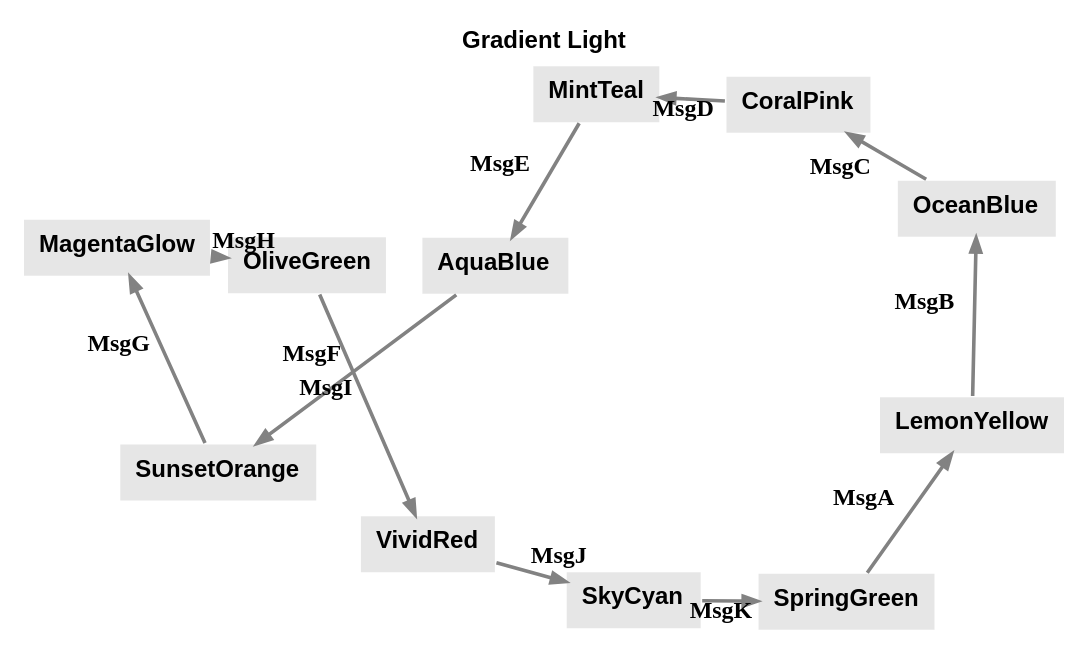
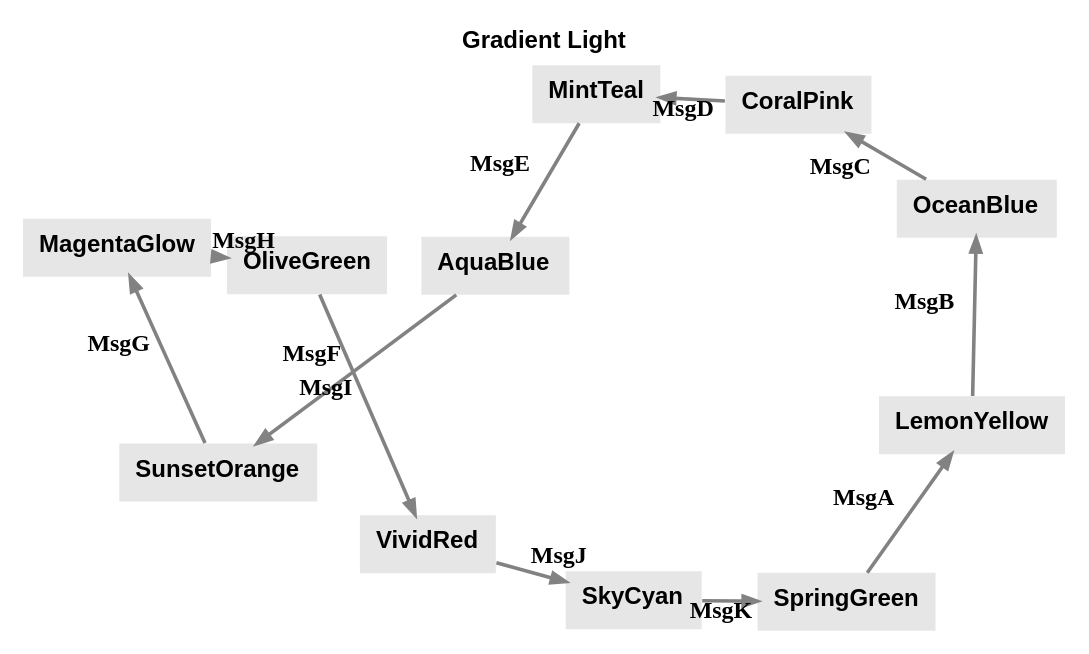
Before and after one commit to m-bock/purescript-transit: the diagram in renders/themes/gradient-light.dot, drawn with Graphviz. The commit also changed 33 other files, not shown here.

Commit message:
Update Graphviz rendering

```diff
--- a/renders/themes/gradient-light.dot
+++ b/renders/themes/gradient-light.dot
@@ -1,27 +1,27 @@
 digraph 
 {
 rankdir = "TD";fontname = "Arial";labelloc = "t";fontsize = 12.0;bgcolor = "#ffffff";color = "#000000";fontcolor = "#000000";label = <<b>Gradient Light</b>>
 graph [layout=sfdp;overlap=false, K=2.5, repulsiveforce=4, splines=true];
-SpringGreen [shape = "box", label = <<b>SpringGreen</b>>, fontsize = 12.0, style = "filled", fillcolor = "#e6e6e6", fontcolor = "#000000", color = "#ffffff", fontname = "Arial", labelloc = "c", penwidth = 1.0, height = 0.4]
+SpringGreen [shape = "box", label = <<b>SpringGreen</b>>, fontsize = 12.0, style = "filled", fillcolor = "#e6e6e6", fontcolor = "#000000", color = "#ffffff", fontname = "Arial", labelloc = "c", penwidth = 0.0, height = 0.4]
 SpringGreen -> LemonYellow [color = "#828282", fontcolor = "#000000", fontsize = 12.0, arrowsize = "0.7", label = <<b>MsgA</b>>, penwidth = 1.8]
-LemonYellow [shape = "box", label = <<b>LemonYellow</b>>, fontsize = 12.0, style = "filled", fillcolor = "#e6e6e6", fontcolor = "#000000", color = "#ffffff", fontname = "Arial", labelloc = "c", penwidth = 1.0, height = 0.4]
+LemonYellow [shape = "box", label = <<b>LemonYellow</b>>, fontsize = 12.0, style = "filled", fillcolor = "#e6e6e6", fontcolor = "#000000", color = "#ffffff", fontname = "Arial", labelloc = "c", penwidth = 0.0, height = 0.4]
 LemonYellow -> OceanBlue [color = "#828282", fontcolor = "#000000", fontsize = 12.0, arrowsize = "0.7", label = <<b>MsgB</b>>, penwidth = 1.8]
-OceanBlue [shape = "box", label = <<b>OceanBlue</b>>, fontsize = 12.0, style = "filled", fillcolor = "#e6e6e6", fontcolor = "#000000", color = "#ffffff", fontname = "Arial", labelloc = "c", penwidth = 1.0, height = 0.4]
+OceanBlue [shape = "box", label = <<b>OceanBlue</b>>, fontsize = 12.0, style = "filled", fillcolor = "#e6e6e6", fontcolor = "#000000", color = "#ffffff", fontname = "Arial", labelloc = "c", penwidth = 0.0, height = 0.4]
 OceanBlue -> CoralPink [color = "#828282", fontcolor = "#000000", fontsize = 12.0, arrowsize = "0.7", label = <<b>MsgC</b>>, penwidth = 1.8]
-CoralPink [shape = "box", label = <<b>CoralPink</b>>, fontsize = 12.0, style = "filled", fillcolor = "#e6e6e6", fontcolor = "#000000", color = "#ffffff", fontname = "Arial", labelloc = "c", penwidth = 1.0, height = 0.4]
+CoralPink [shape = "box", label = <<b>CoralPink</b>>, fontsize = 12.0, style = "filled", fillcolor = "#e6e6e6", fontcolor = "#000000", color = "#ffffff", fontname = "Arial", labelloc = "c", penwidth = 0.0, height = 0.4]
 CoralPink -> MintTeal [color = "#828282", fontcolor = "#000000", fontsize = 12.0, arrowsize = "0.7", label = <<b>MsgD</b>>, penwidth = 1.8]
-MintTeal [shape = "box", label = <<b>MintTeal</b>>, fontsize = 12.0, style = "filled", fillcolor = "#e6e6e6", fontcolor = "#000000", color = "#ffffff", fontname = "Arial", labelloc = "c", penwidth = 1.0, height = 0.4]
+MintTeal [shape = "box", label = <<b>MintTeal</b>>, fontsize = 12.0, style = "filled", fillcolor = "#e6e6e6", fontcolor = "#000000", color = "#ffffff", fontname = "Arial", labelloc = "c", penwidth = 0.0, height = 0.4]
 MintTeal -> AquaBlue [color = "#828282", fontcolor = "#000000", fontsize = 12.0, arrowsize = "0.7", label = <<b>MsgE</b>>, penwidth = 1.8]
-AquaBlue [shape = "box", label = <<b>AquaBlue</b>>, fontsize = 12.0, style = "filled", fillcolor = "#e6e6e6", fontcolor = "#000000", color = "#ffffff", fontname = "Arial", labelloc = "c", penwidth = 1.0, height = 0.4]
+AquaBlue [shape = "box", label = <<b>AquaBlue</b>>, fontsize = 12.0, style = "filled", fillcolor = "#e6e6e6", fontcolor = "#000000", color = "#ffffff", fontname = "Arial", labelloc = "c", penwidth = 0.0, height = 0.4]
 AquaBlue -> SunsetOrange [color = "#828282", fontcolor = "#000000", fontsize = 12.0, arrowsize = "0.7", label = <<b>MsgF</b>>, penwidth = 1.8]
-SunsetOrange [shape = "box", label = <<b>SunsetOrange</b>>, fontsize = 12.0, style = "filled", fillcolor = "#e6e6e6", fontcolor = "#000000", color = "#ffffff", fontname = "Arial", labelloc = "c", penwidth = 1.0, height = 0.4]
+SunsetOrange [shape = "box", label = <<b>SunsetOrange</b>>, fontsize = 12.0, style = "filled", fillcolor = "#e6e6e6", fontcolor = "#000000", color = "#ffffff", fontname = "Arial", labelloc = "c", penwidth = 0.0, height = 0.4]
 SunsetOrange -> MagentaGlow [color = "#828282", fontcolor = "#000000", fontsize = 12.0, arrowsize = "0.7", label = <<b>MsgG</b>>, penwidth = 1.8]
-MagentaGlow [shape = "box", label = <<b>MagentaGlow</b>>, fontsize = 12.0, style = "filled", fillcolor = "#e6e6e6", fontcolor = "#000000", color = "#ffffff", fontname = "Arial", labelloc = "c", penwidth = 1.0, height = 0.4]
+MagentaGlow [shape = "box", label = <<b>MagentaGlow</b>>, fontsize = 12.0, style = "filled", fillcolor = "#e6e6e6", fontcolor = "#000000", color = "#ffffff", fontname = "Arial", labelloc = "c", penwidth = 0.0, height = 0.4]
 MagentaGlow -> OliveGreen [color = "#828282", fontcolor = "#000000", fontsize = 12.0, arrowsize = "0.7", label = <<b>MsgH</b>>, penwidth = 1.8]
-OliveGreen [shape = "box", label = <<b>OliveGreen</b>>, fontsize = 12.0, style = "filled", fillcolor = "#e6e6e6", fontcolor = "#000000", color = "#ffffff", fontname = "Arial", labelloc = "c", penwidth = 1.0, height = 0.4]
+OliveGreen [shape = "box", label = <<b>OliveGreen</b>>, fontsize = 12.0, style = "filled", fillcolor = "#e6e6e6", fontcolor = "#000000", color = "#ffffff", fontname = "Arial", labelloc = "c", penwidth = 0.0, height = 0.4]
 OliveGreen -> VividRed [color = "#828282", fontcolor = "#000000", fontsize = 12.0, arrowsize = "0.7", label = <<b>MsgI</b>>, penwidth = 1.8]
-VividRed [shape = "box", label = <<b>VividRed</b>>, fontsize = 12.0, style = "filled", fillcolor = "#e6e6e6", fontcolor = "#000000", color = "#ffffff", fontname = "Arial", labelloc = "c", penwidth = 1.0, height = 0.4]
+VividRed [shape = "box", label = <<b>VividRed</b>>, fontsize = 12.0, style = "filled", fillcolor = "#e6e6e6", fontcolor = "#000000", color = "#ffffff", fontname = "Arial", labelloc = "c", penwidth = 0.0, height = 0.4]
 VividRed -> SkyCyan [color = "#828282", fontcolor = "#000000", fontsize = 12.0, arrowsize = "0.7", label = <<b>MsgJ</b>>, penwidth = 1.8]
-SkyCyan [shape = "box", label = <<b>SkyCyan</b>>, fontsize = 12.0, style = "filled", fillcolor = "#e6e6e6", fontcolor = "#000000", color = "#ffffff", fontname = "Arial", labelloc = "c", penwidth = 1.0, height = 0.4]
+SkyCyan [shape = "box", label = <<b>SkyCyan</b>>, fontsize = 12.0, style = "filled", fillcolor = "#e6e6e6", fontcolor = "#000000", color = "#ffffff", fontname = "Arial", labelloc = "c", penwidth = 0.0, height = 0.4]
 SkyCyan -> SpringGreen [color = "#828282", fontcolor = "#000000", fontsize = 12.0, arrowsize = "0.7", label = <<b>MsgK</b>>, penwidth = 1.8]
 }
```
